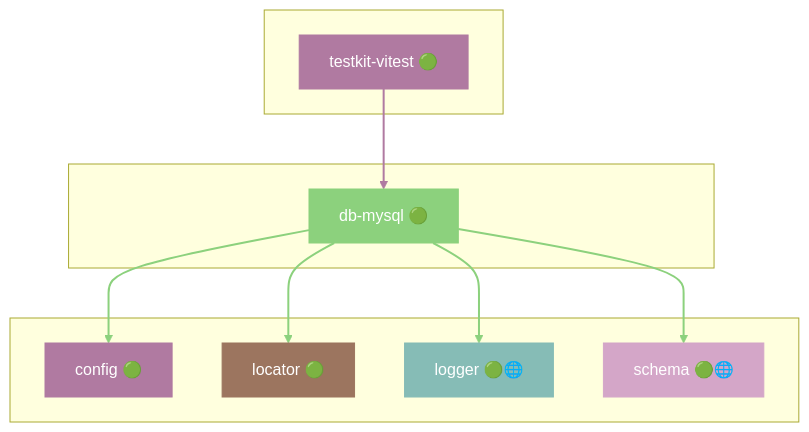
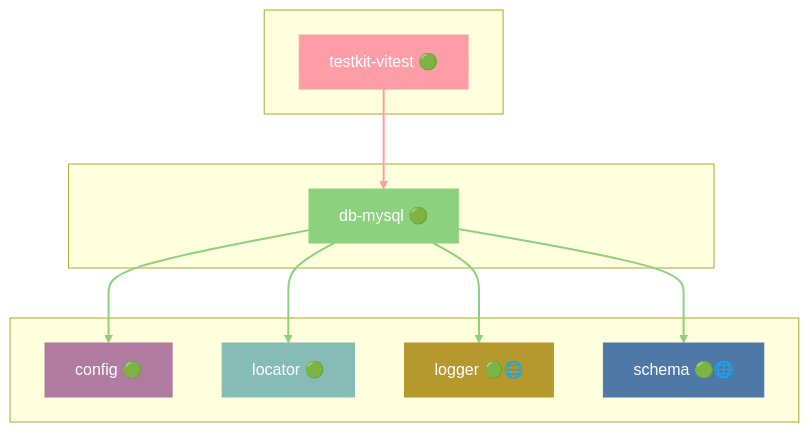
One commit to grest-ts/grest-ts changed diagram 13 of 48 in docs/DEPENDENCIES.md. Above: the diagram before and after it, drawn with Mermaid. The commit also changed other lines of this file and 78 other files, not shown here.

````diff
--- a/docs/DEPENDENCIES.md
+++ b/docs/DEPENDENCIES.md
@@ -851,31 +857,31 @@
 ```mermaid
 flowchart TB
     subgraph Dependents[" "]
         testkit-vitest["testkit-vitest 🟢"]
     end
     subgraph Package[" "]
         db-mysql["db-mysql 🟢"]
     end
     subgraph Dependencies[" "]
         config["config 🟢"]
         locator["locator 🟢"]
         logger["logger 🟢🌐"]
         schema["schema 🟢🌐"]
     end
     testkit-vitest --> db-mysql
     db-mysql --> config
     db-mysql --> locator
     db-mysql --> logger
     db-mysql --> schema
     style db-mysql fill:#8CD17D,stroke:#8CD17D,color:#fff
-    style testkit-vitest fill:#B07AA1,stroke:#B07AA1,color:#fff
+    style testkit-vitest fill:#FF9DA7,stroke:#FF9DA7,color:#fff
     style config fill:#B07AA1,stroke:#B07AA1,color:#fff
-    style locator fill:#9C755F,stroke:#9C755F,color:#fff
-    style logger fill:#86BCB6,stroke:#86BCB6,color:#fff
-    style schema fill:#D4A6C8,stroke:#D4A6C8,color:#fff
-    linkStyle 0 stroke:#B07AA1,stroke-width:2px
+    style locator fill:#86BCB6,stroke:#86BCB6,color:#fff
+    style logger fill:#B6992D,stroke:#B6992D,color:#fff
+    style schema fill:#4E79A7,stroke:#4E79A7,color:#fff
+    linkStyle 0 stroke:#FF9DA7,stroke-width:2px
     linkStyle 1 stroke:#8CD17D,stroke-width:2px
     linkStyle 2 stroke:#8CD17D,stroke-width:2px
     linkStyle 3 stroke:#8CD17D,stroke-width:2px
     linkStyle 4 stroke:#8CD17D,stroke-width:2px
 ```
````
